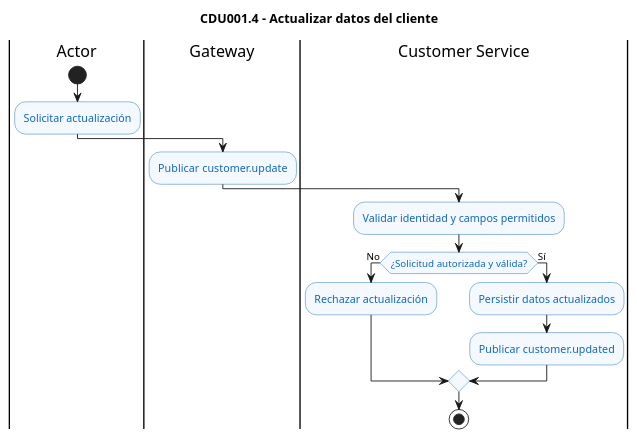
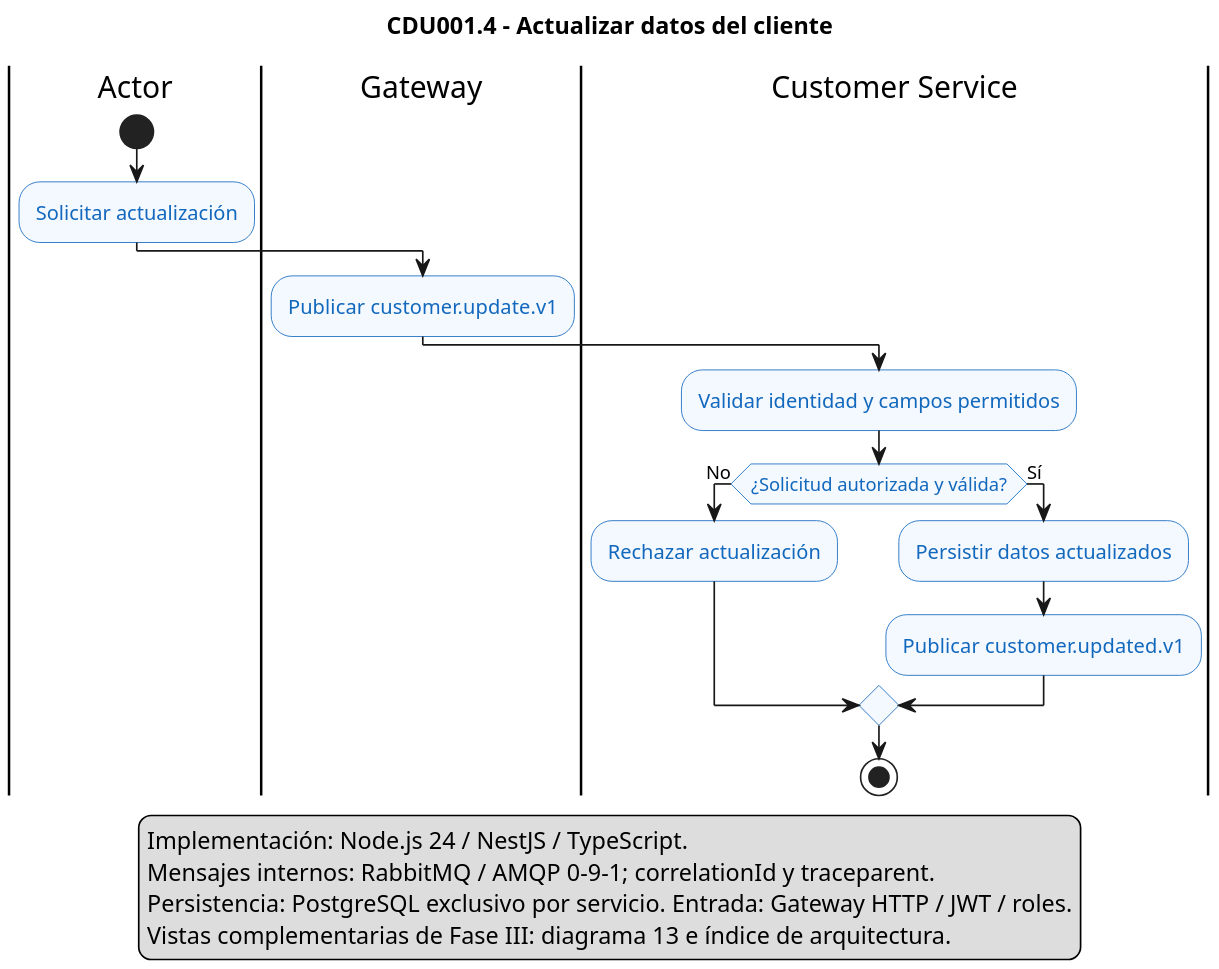
One commit to marcosbondel/Proyecto-SA-B-2 changed the diagram in docs/architecture/diagrams/cdu/customer/flujos/CDU001.4-actualizar-datos.puml. Above: the diagram before and after it, drawn with PlantUML. The commit also changed 74 other files, not shown here.

Commit message:
docs(cdu-er): actualizar casos de uso UML nativos, flujos de negocio y modelos ER fisicos

```diff
--- a/docs/architecture/diagrams/cdu/customer/flujos/CDU001.4-actualizar-datos.puml
+++ b/docs/architecture/diagrams/cdu/customer/flujos/CDU001.4-actualizar-datos.puml
@@ -1,25 +1,32 @@
 @startuml CDU001.4-actualizar-datos
 title CDU001.4 - Actualizar datos del cliente
 
 skinparam shadowing false
+skinparam dpi 180
 skinparam activity {
     BackgroundColor #F4F8FF
     BorderColor #1168BD
     FontColor #1168BD
 }
 
 |Actor|
 start
 :Solicitar actualización;
 |Gateway|
-:Publicar customer.update;
+:Publicar customer.update.v1;
 |Customer Service|
 :Validar identidad y campos permitidos;
 if (¿Solicitud autorizada y válida?) then (No)
     :Rechazar actualización;
 else (Sí)
     :Persistir datos actualizados;
-    :Publicar customer.updated;
+    :Publicar customer.updated.v1;
 endif
 stop
+legend bottom
+  Implementación: Node.js 24 / NestJS / TypeScript.
+  Mensajes internos: RabbitMQ / AMQP 0-9-1; correlationId y traceparent.
+  Persistencia: PostgreSQL exclusivo por servicio. Entrada: Gateway HTTP / JWT / roles.
+  Vistas complementarias de Fase III: diagrama 13 e índice de arquitectura.
+endlegend
 @enduml
```
